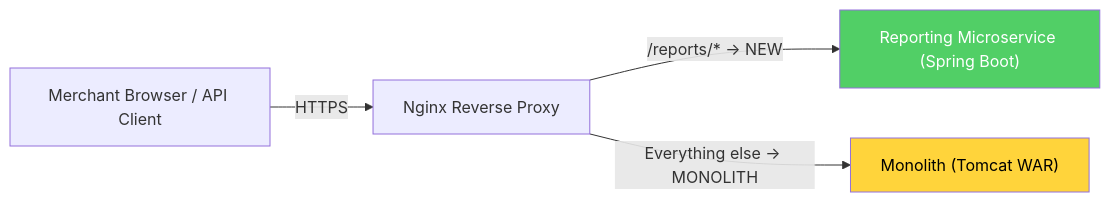
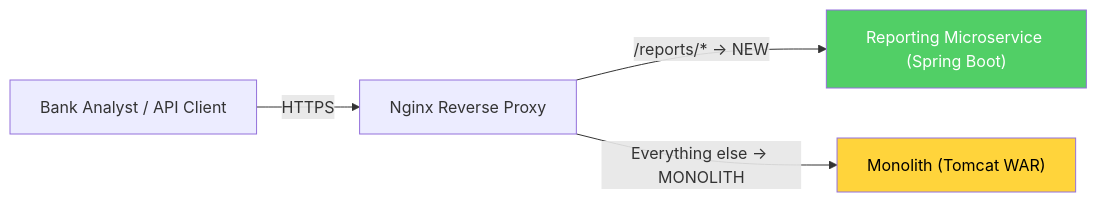
The fourth of 12 diagrams in architecture and decoupling.md (makeitfine-org/reporting), drawn with Mermaid before and after one commit. The commit also changed other lines of this file and 3 other files, not shown here.

Commit message:
docs: re-domain architecture doc from e-commerce to core banking

````diff
--- a/architecture and decoupling.md
+++ b/architecture and decoupling.md
@@ -182,14 +182,14 @@
 ```mermaid
 graph LR
-    Merchant["Merchant Browser / API Client"]
+    Merchant["Bank Analyst / API Client"]
     Nginx["Nginx Reverse Proxy"]
     Monolith["Monolith (Tomcat WAR)"]
     NewService["Reporting Microservice (Spring Boot)"]
 
     Merchant -->|HTTPS| Nginx
     Nginx -->|"/reports/* → NEW"| NewService
     Nginx -->|"Everything else → MONOLITH"| Monolith
 
     style NewService fill:#51cf66,color:#fff
     style Monolith fill:#ffd43b,color:#000
 ```
````
